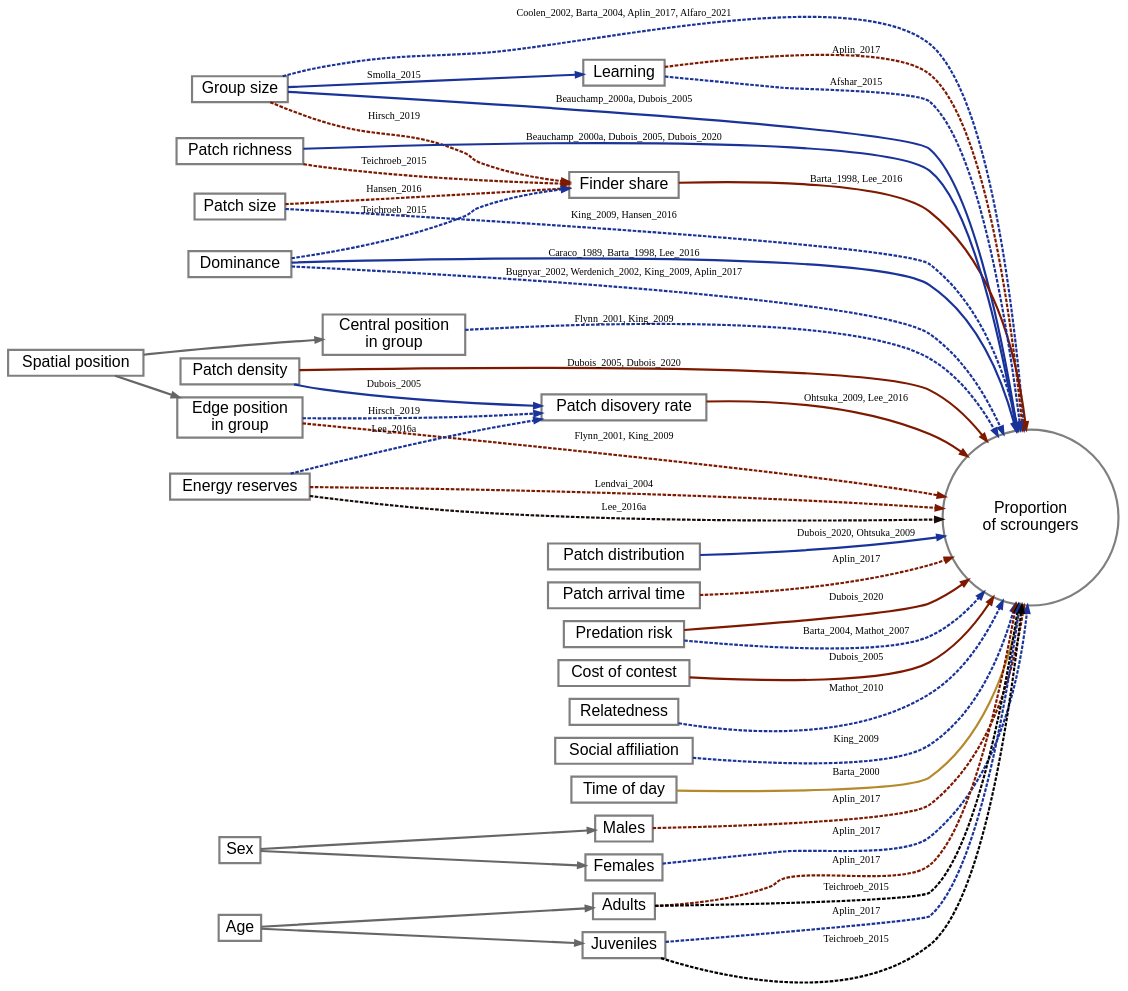
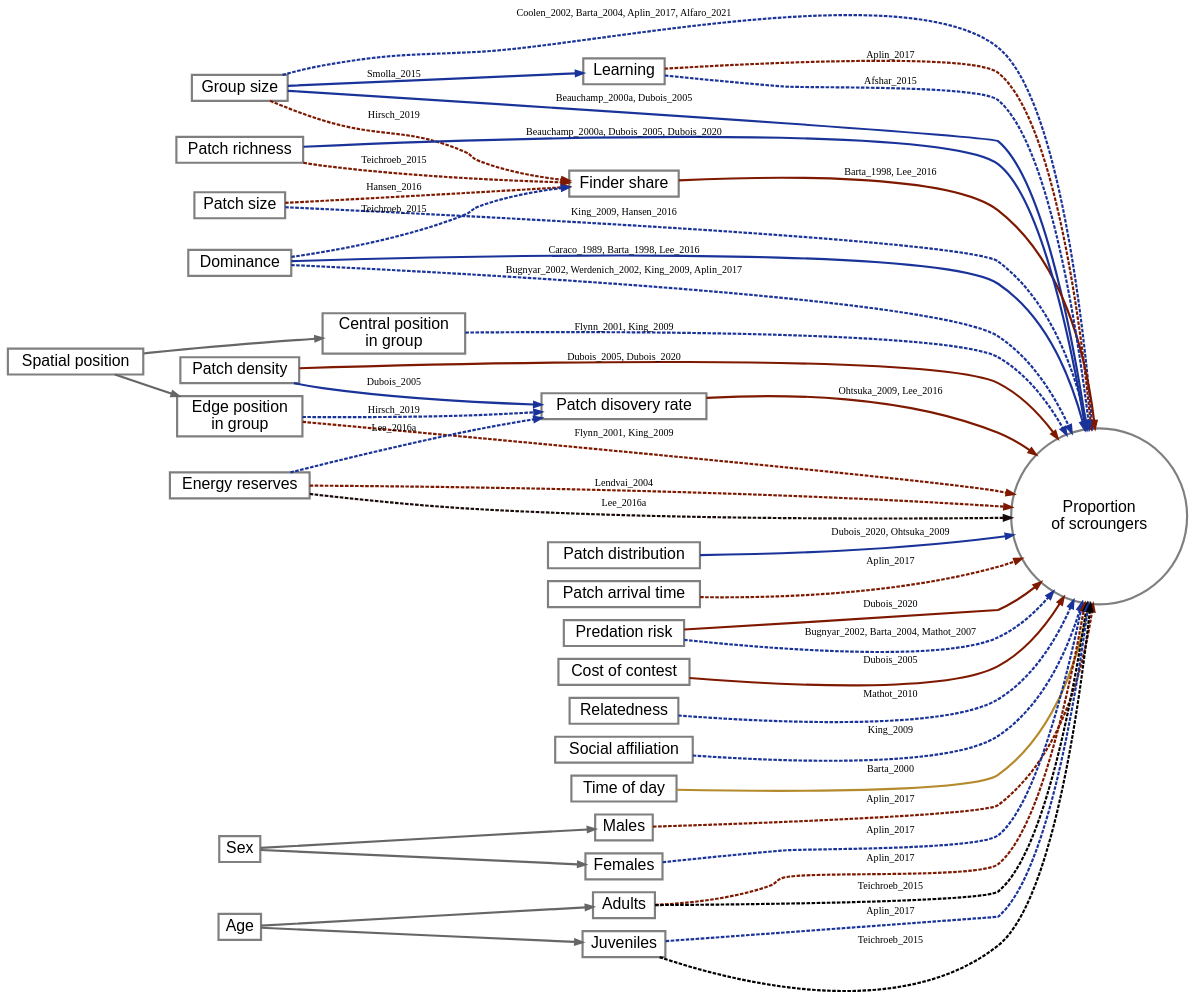
One commit to robitalec/comprehensive-exam changed the diagram in gv/into-prop-scrounger.gv. Above: the diagram before and after it, drawn with Graphviz. The commit also changed 1 other file, not shown here.

Commit message:
replace bugnyar

```diff
--- a/gv/into-prop-scrounger.gv
+++ b/gv/into-prop-scrounger.gv
@@ -1,157 +1,157 @@
 digraph decision_tree {
 
   compound = true
 
   graph []
   rankdir = LR
 	node [fontsize = 22, shape = box, fontname = Helvetica, penwidth = 3, color = grey50]
 	edge [penwidth = 3]
 
 
 	// Nodes ---------------------------------------------------
 	prop_scroung [label = "Proportion \n of scroungers", shape = circle]
 
 	group_size [label = "Group size"]
 
 	find_share [label = "Finder share"]
 
 	patch_dens [label = "Patch density"]
 	patch_rich [label = "Patch richness"]
 	patch_dist [label = "Patch distribution"]
 	patch_size [label = "Patch size"]
 	patch_discov [label = "Patch disovery rate"]
 	patch_arrive [label = "Patch arrival time"]
 
 
 	pred_risk [label = "Predation risk"]
 
 
 	spatial_pos [label = "Spatial position"]
 	central_pos [label = "Central position \n in group"]
 	edge_pos [label = "Edge position \n in group"]
 
 	learn [label = "Learning"]
 
 	cost_cont [label = "Cost of contest"]
 
 	dominance [label = "Dominance"]
 
 	related [label = "Relatedness"]
 	soc_affil [label = "Social affiliation"]
 
 	tod [label = "Time of day"]
 	energ_res [label = "Energy reserves"]
 
 	sex [label = "Sex"]
 	male [label = "Males"]
 	female [label = "Females"]
 
 	age [label = "Age"]
 	adult [ label = "Adults"]
 	juv [label = "Juveniles"]
 
 
   // Edges ---------------------------------------------------
   // beige - #f1a340
   // purple - #998ec3
   // type +, -, U, 0
 
 
   // Model ===================================================
 	//group_size -> rate_agg [label = "Caraco_1979", color = "#7E1900", style = "solid"]
 	group_size -> learn [label = "Smolla_2015", color = "#1A3399", style = "solid"]
 
 
 
 
 	//patch_dens -> rate_agg [label = "Dubois_2003", color = "#7E1900", style = "solid"]
 	patch_dens -> patch_discov [label = "Dubois_2005", color = "#1A3399", style = "solid"]
 
 
 
 
 	//patch_rich -> rate_agg [label = "Dubois_2003", color = "#7E1900", style = "solid"]
 
 
 	//pred_risk -> rate_agg [label = "Dubois_2005", color = "#7E1900", style = "solid"]
 	pred_risk -> prop_scroung [label = "Dubois_2020", color = "#7E1900", style = "solid"]
 
 
 	//subord -> prop_scroung [label = "Caraco_1989, Barta_1998, Lee_2016", color = "#7E1900", style = "solid"]
 
 
 	tod -> prop_scroung [label = "Barta_2000", color = "#B48A2C", style = "solid"]
 
 
 
   cost_cont -> prop_scroung [label = "Dubois_2005", color = "#7E1900", style = "solid"]
 
 	patch_dens -> prop_scroung [label = "Dubois_2005, Dubois_2020", color = "#7E1900", style = "solid"]
 
 	patch_discov -> prop_scroung [label = "Ohtsuka_2009, Lee_2016", color = "#7E1900", style = "solid"]
 
 	patch_dist -> prop_scroung [label = "Dubois_2020, Ohtsuka_2009", color = "#1A3399", style = "solid"]
 
 	find_share -> prop_scroung [label = "Barta_1998, Lee_2016", color = "#7E1900", style = "solid"]
 
 	dominance -> prop_scroung [label = "Caraco_1989, Barta_1998, Lee_2016", color = "#1A3399", style = "solid"]
 
 	patch_rich -> prop_scroung [label = "Beauchamp_2000a, Dubois_2005, Dubois_2020", color = "#1A3399", style = "solid"]
 
 	group_size -> prop_scroung [label = "Beauchamp_2000a, Dubois_2005", color = "#1A3399", style = "solid"]
 
 
 
   // Empirical ===============================================
 	soc_affil -> prop_scroung [label = "King_2009", color = "#1A3399", style = "dashed"]
 
-	pred_risk -> prop_scroung [label = "Barta_2004, Mathot_2007", color = "#1A3399", style = "dashed"]
+	pred_risk -> prop_scroung [label = "Bugnyar_2002, Barta_2004, Mathot_2007", color = "#1A3399", style = "dashed"]
 	//pred_risk -> vig [label = "Mathot_2007", color = "#1A3399", style = "dashed"]
 
 	patch_size -> find_share [label = "Hansen_2016", color = "#7E1900", style = "dashed"]
 	patch_rich -> find_share [label = "Teichroeb_2015", color = "#7E1900", style = "dashed"]
 	group_size -> find_share [label = "Hirsch_2019", color = "#7E1900", style = "dashed"]
 
 
 	age -> adult [color = "grey40"]
 	age -> juv [color = "grey40"]
 	adult -> prop_scroung [label = "Aplin_2017", color = "#7E1900", style = "dashed"]
 	adult -> prop_scroung [label = "Teichroeb_2015", color = "black", style = "dashed"]
 	juv -> prop_scroung [label = "Aplin_2017", color = "#1A3399", style = "dashed"]
 	juv -> prop_scroung [label = "Teichroeb_2015", color = "black", style = "dashed"]
 
 
 	sex -> male [color = "grey40"]
 	sex -> female [color = "grey40"]
 	male -> prop_scroung [label = "Aplin_2017", color = "#7E1900", style = "dashed"]
 	female -> prop_scroung [label = "Aplin_2017", color = "#1A3399", style = "dashed"]
 
 
 	related -> prop_scroung [label = "Mathot_2010", color = "#1A3399", style = "dashed"]
 
 	energ_res -> prop_scroung [label = "Lendvai_2004", color = "#7E1900", style = "dashed"]
 	energ_res -> prop_scroung [label = "Lee_2016a", color = "#180B09", style = "dashed"]
 	energ_res -> patch_discov [label = "Lee_2016a", color = "#1A3399", style = "dashed"]
 
 
 	spatial_pos -> central_pos [color = "grey40"]
 	spatial_pos -> edge_pos [color = "grey40"]
 	central_pos -> prop_scroung [label = "Flynn_2001, King_2009", color = "#1A3399", style = "dashed"]
 	edge_pos -> prop_scroung [label = "Flynn_2001, King_2009", color = "#7E1900", style = "dashed"]
 	edge_pos -> patch_discov [label = "Hirsch_2019", color = "#1A3399", style = "dashed"]
 
 	patch_size -> prop_scroung [label = "King_2009, Hansen_2016", color = "#1A3399", style = "dashed"]
 	//patch_size -> sol_forag [label = "King_2009", color = "#7E1900", style = "dashed"]
 
 	patch_arrive -> prop_scroung [label = "Aplin_2017", color = "#7E1900", style = "dashed"]
 
 	dominance -> find_share [label = "Teichroeb_2015", color = "#1A3399", style = "dashed"]
 	dominance -> prop_scroung [label = "Bugnyar_2002, Werdenich_2002, King_2009, Aplin_2017", color = "#1A3399", style = "dashed"]
 
 
 	learn -> prop_scroung [label = "Aplin_2017", color = "#7E1900", style = "dashed"]
 	learn -> prop_scroung [label = "Afshar_2015", color = "#1A3399", style = "dashed"]
 
 	group_size -> prop_scroung [label = "Coolen_2002, Barta_2004, Aplin_2017, Alfaro_2021", color = "#1A3399", style = "dashed"]
 
 }
```
